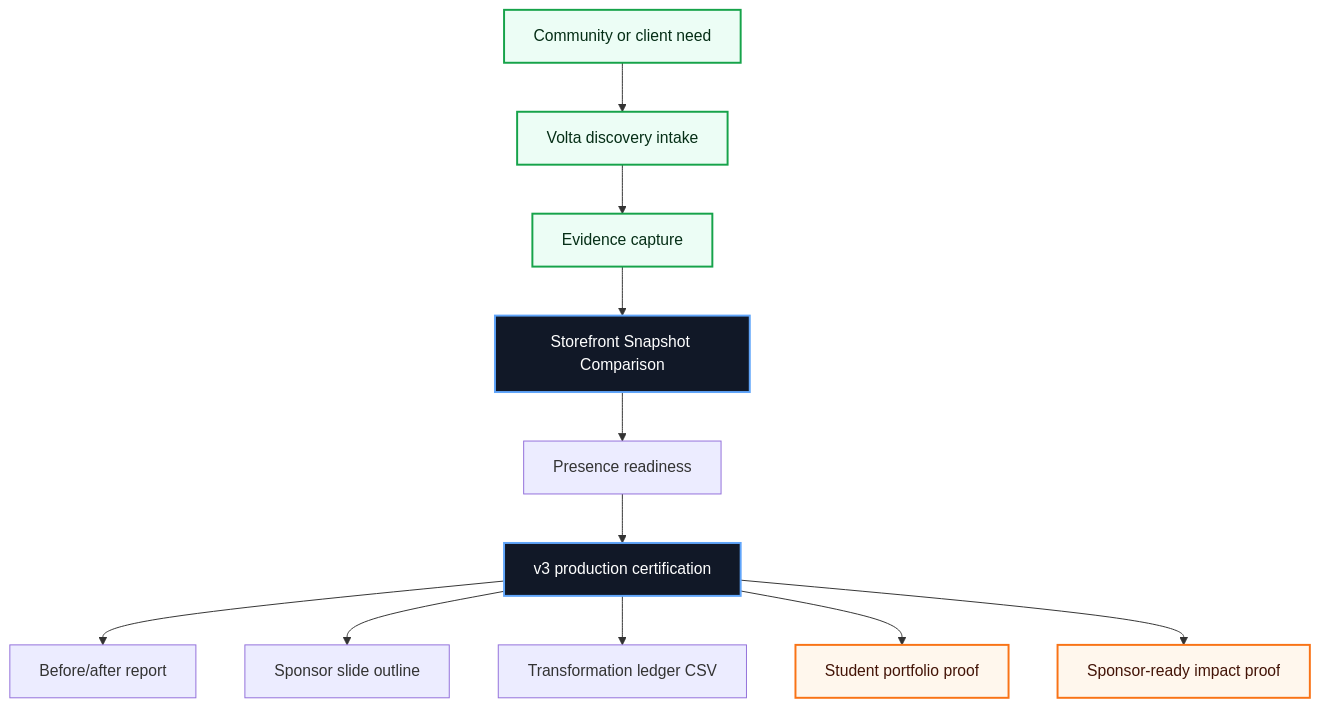
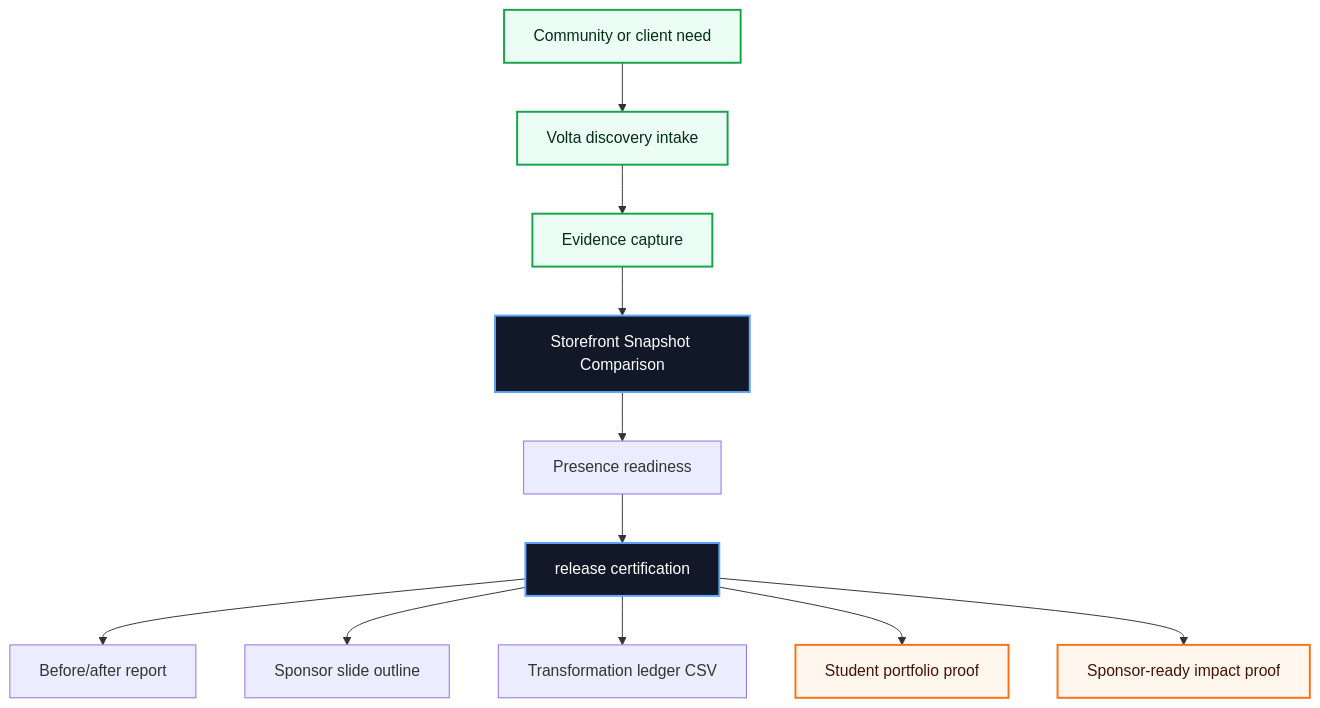
The first of 3 diagrams in README.md (volta-npo/storefront-snapshot), drawn with Mermaid before and after one commit. The commit also changed other lines of this file and 28 other files, not shown here.

````diff
--- a/README.md
+++ b/README.md
@@ -43,20 +43,20 @@
 ```mermaid
 flowchart TD
     Need["Community or client need"] --> Intake["Volta discovery intake"]
     Intake --> Evidence["Evidence capture"]
     Evidence --> Workbench["Storefront Snapshot Comparison"]
     Workbench --> Score["Presence readiness"]
-    Score --> Cert["v3 production certification"]
+    Score --> Cert["release certification"]
     Cert --> A1["Before/after report"]
     Cert --> A2["Sponsor slide outline"]
     Cert --> A3["Transformation ledger CSV"]
     Cert --> Student["Student portfolio proof"]
     Cert --> Sponsor["Sponsor-ready impact proof"]
 
     classDef volta fill:#111827,stroke:#60a5fa,color:#ffffff,stroke-width:2px;
     classDef equity fill:#ecfdf5,stroke:#16a34a,color:#052e16,stroke-width:2px;
     classDef proof fill:#fff7ed,stroke:#f97316,color:#431407,stroke-width:2px;
     class Workbench,Cert volta;
     class Need,Intake,Evidence equity;
     class Student,Sponsor proof;
 ```
````
